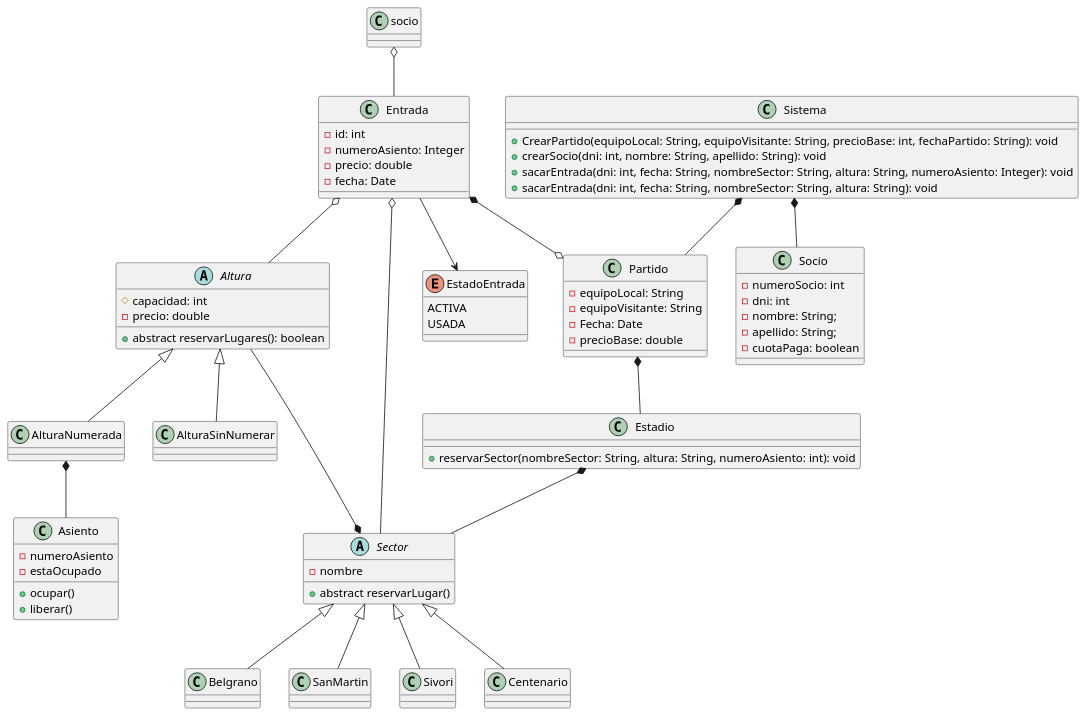
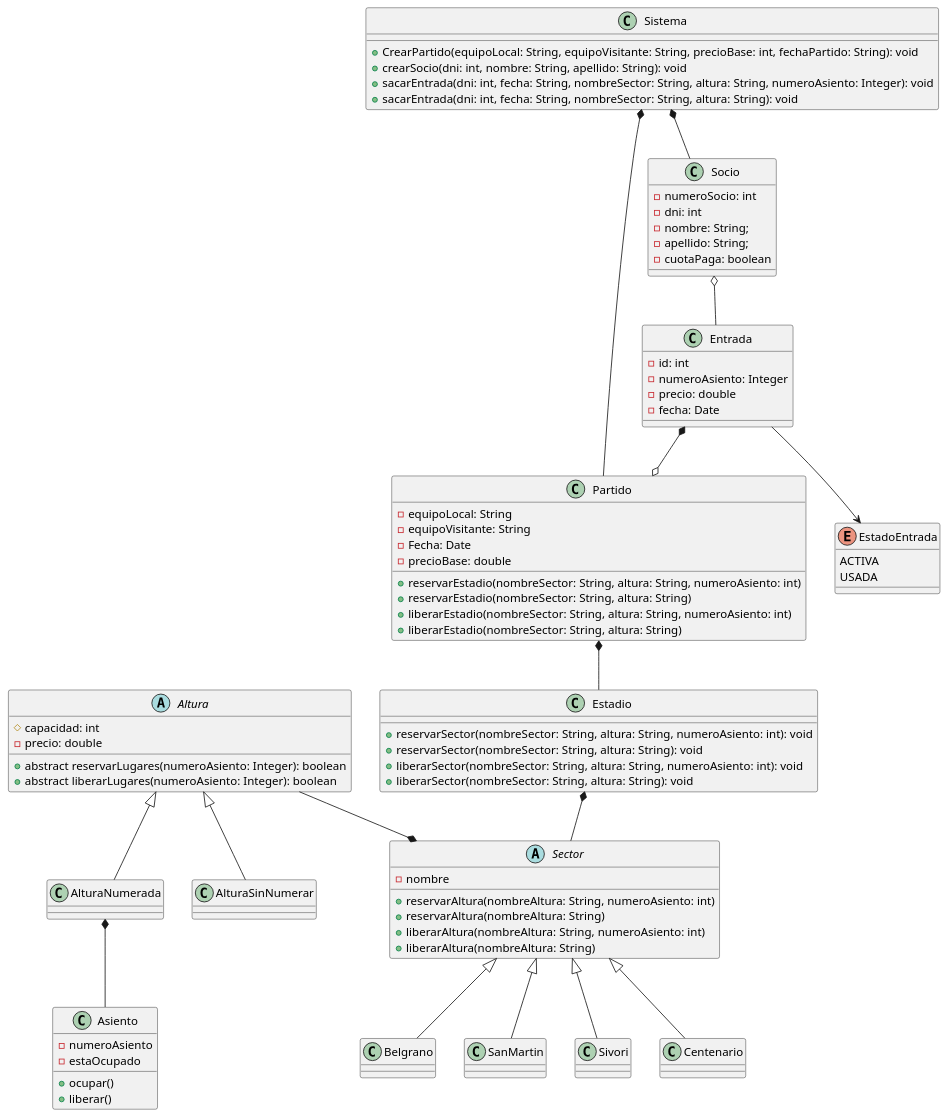
One commit to SimonForteza/TPO_POO_2024 changed the diagram in src/main/resources/diagram.puml. Above: the diagram before and after it, drawn with PlantUML. The commit also changed 6 other files, not shown here.

Commit message:
cambios en el diagrama

```diff
--- a/src/main/resources/diagram.puml
+++ b/src/main/resources/diagram.puml
@@ -1,93 +1,104 @@
 @startuml
 abstract class Altura{
     #capacidad: int
     -precio: double
-    +abstract reservarLugares(): boolean
+    +abstract reservarLugares(numeroAsiento: Integer): boolean
+    +abstract liberarLugares(numeroAsiento: Integer): boolean
+
 }
 
 class AlturaNumerada{}
 class AlturaSinNumerar{}
 
 class Asiento{
     -numeroAsiento
     -estaOcupado
     +ocupar()
     +liberar()
 }
 
 abstract class Sector{
     -nombre
-    +abstract reservarLugar()
+    +reservarAltura(nombreAltura: String, numeroAsiento: int)
+    +reservarAltura(nombreAltura: String)
+    +liberarAltura(nombreAltura: String, numeroAsiento: int)
+    +liberarAltura(nombreAltura: String)
 }
 
 class Belgrano{}
 class SanMartin{}
 class Sivori{}
 class Centenario{}
 
 class Estadio {
     +reservarSector(nombreSector: String, altura: String, numeroAsiento: int): void
+    +reservarSector(nombreSector: String, altura: String): void
+    +liberarSector(nombreSector: String, altura: String, numeroAsiento: int): void
+    +liberarSector(nombreSector: String, altura: String): void
 }
 
 class Partido{
     -equipoLocal: String
     -equipoVisitante: String
     -Fecha: Date
     -precioBase: double
+
+    +reservarEstadio(nombreSector: String, altura: String, numeroAsiento: int)
+    +reservarEstadio(nombreSector: String, altura: String)
+    +liberarEstadio(nombreSector: String, altura: String, numeroAsiento: int)
+    +liberarEstadio(nombreSector: String, altura: String)
 }
 
 class Entrada{
     -id: int
     -numeroAsiento: Integer
     -precio: double
     -fecha: Date
 
 }
 
 enum EstadoEntrada {
     ACTIVA
     USADA
 }
 
 class Socio {
     - numeroSocio: int
     - dni: int
     - nombre: String;
     - apellido: String;
     - cuotaPaga: boolean
 }
 
 class Sistema{
     +CrearPartido(equipoLocal: String, equipoVisitante: String, precioBase: int, fechaPartido: String): void
     +crearSocio(dni: int, nombre: String, apellido: String): void
     +sacarEntrada(dni: int, fecha: String, nombreSector: String, altura: String, numeroAsiento: Integer): void
     +sacarEntrada(dni: int, fecha: String, nombreSector: String, altura: String): void
 }
 
 
 Sistema *-- Partido
 Sistema *-- Socio
 
-socio o-- Entrada
+Socio o-- Entrada
 
 Altura <|-- AlturaNumerada
 Altura <|-- AlturaSinNumerar
 
 Altura --* Sector
 AlturaNumerada *-- Asiento
 
 Sector <|-- Belgrano
 Sector <|-- SanMartin
 Sector <|-- Sivori
 Sector <|-- Centenario
 
 Estadio *-- Sector
 
 Entrada *--o Partido
-Entrada o-- Sector
-Entrada o-- Altura
 Entrada --> EstadoEntrada
 
 Partido *-- Estadio
 
 @enduml
```
